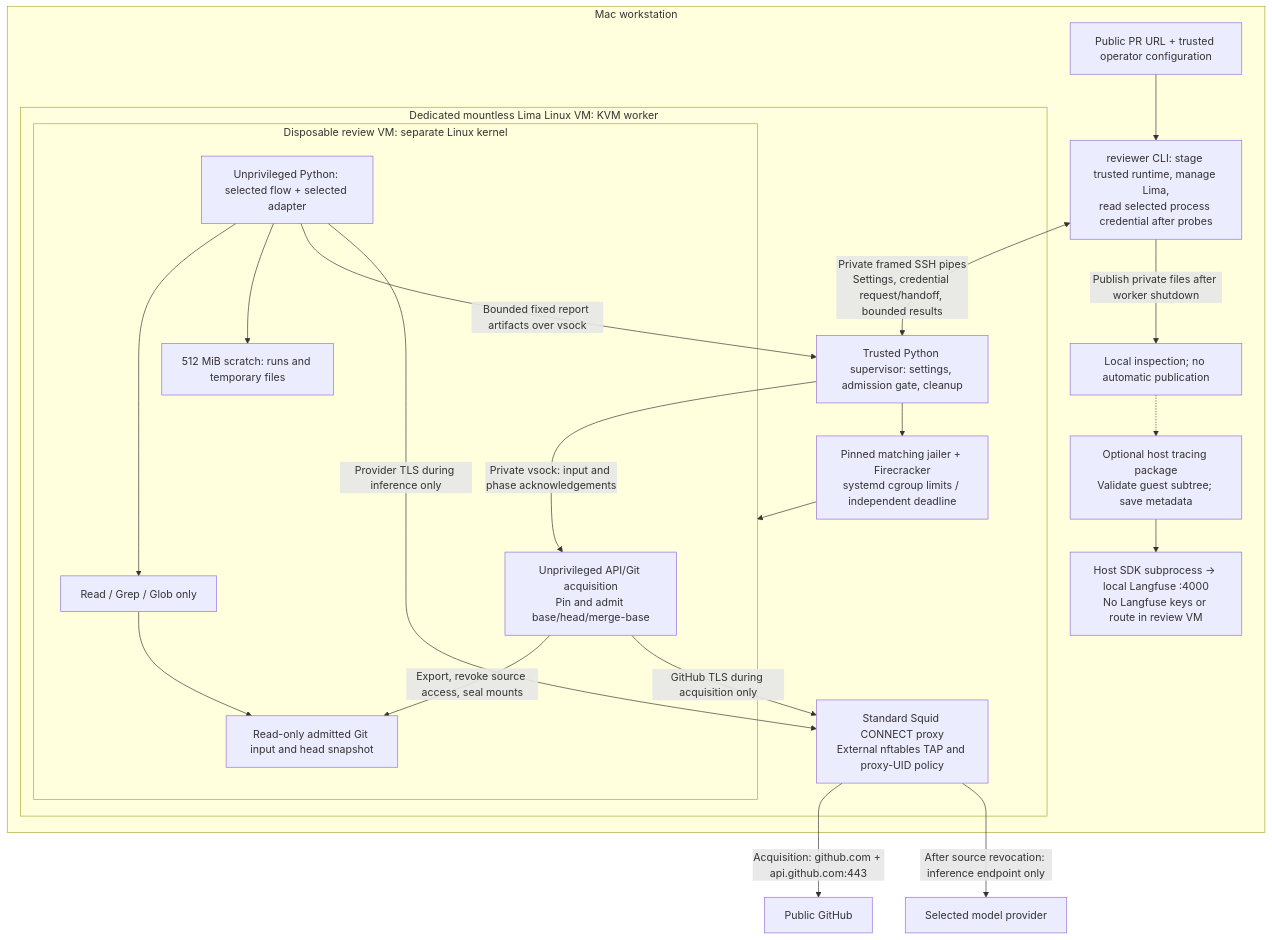
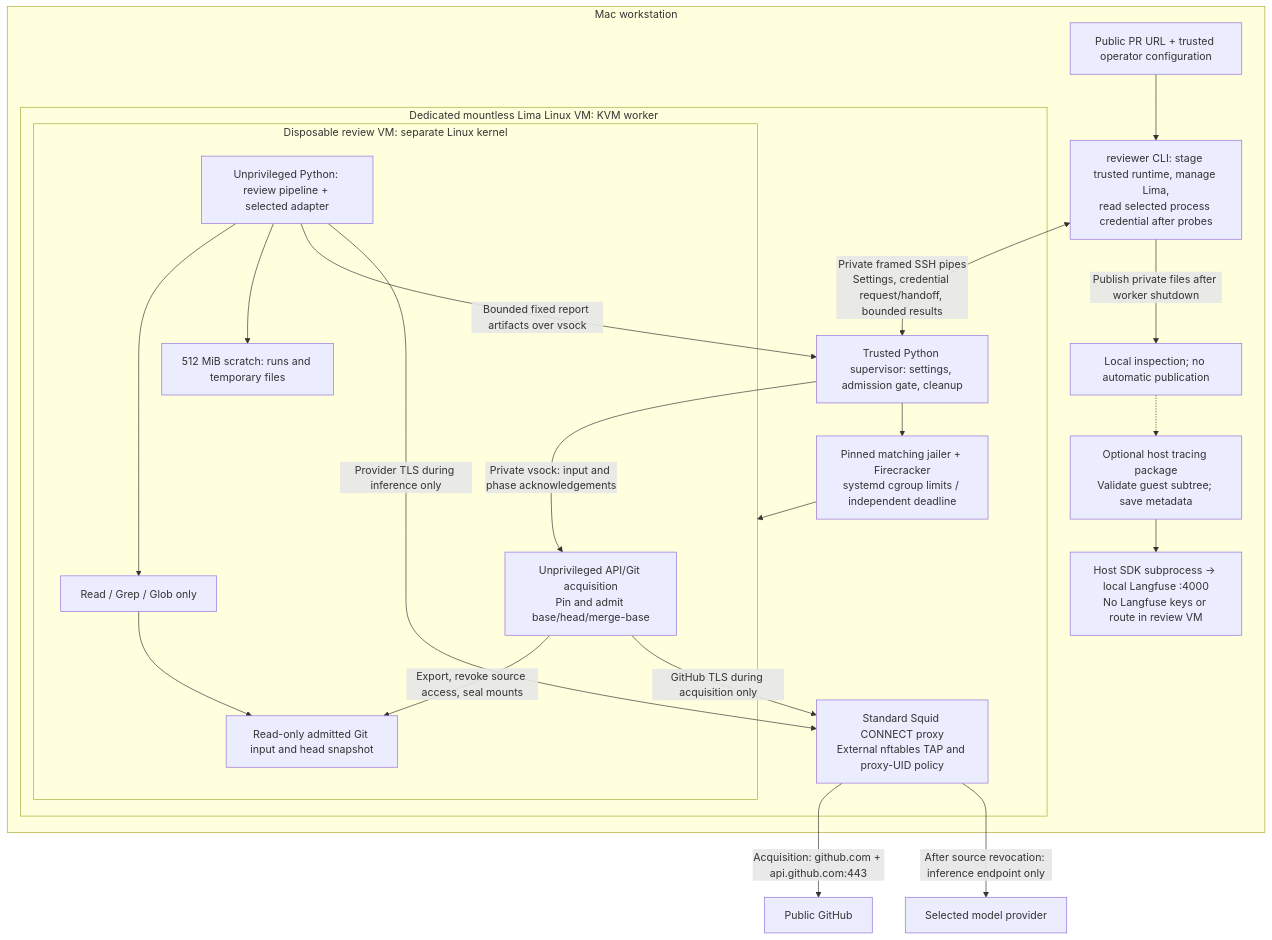
One commit to sskelkar/code-reviewer changed the first of 3 diagrams in docs/sandbox-architecture.md. Above: the diagram before and after it, drawn with Mermaid. The commit also changed other lines of this file and 138 other files, not shown here.

Commit message:
Make multi-perspective review the sole pipeline

````diff
--- a/docs/sandbox-architecture.md
+++ b/docs/sandbox-architecture.md
@@ -9,34 +9,34 @@
 ```mermaid
 flowchart TB
     subgraph MAC["Mac workstation"]
         INPUT["Public PR URL + trusted operator configuration"]
         LAUNCH["reviewer CLI: stage trusted runtime, manage Lima,<br/>read selected process credential after probes"]
         subgraph LINUX["Dedicated mountless Lima Linux VM: KVM worker"]
             HOST["Trusted Python supervisor: settings, admission gate, cleanup"]
             VMM["Pinned matching jailer + Firecracker<br/>systemd cgroup limits / independent deadline"]
             PROXY["Standard Squid CONNECT proxy<br/>External nftables TAP and proxy-UID policy"]
             subgraph JOB["Disposable review VM: separate Linux kernel"]
                 ACQUIRE["Unprivileged API/Git acquisition<br/>Pin and admit base/head/merge-base"]
-                PY["Unprivileged Python: selected flow + selected adapter"]
+                PY["Unprivileged Python: review pipeline + selected adapter"]
                 TREE["Read-only admitted Git input and head snapshot"]
                 TOOLS["Read / Grep / Glob only"]
                 SCRATCH["512 MiB scratch: runs and temporary files"]
                 ACQUIRE -->|"Export, revoke source access, seal mounts"| TREE
                 PY --> TOOLS --> TREE
                 PY --> SCRATCH
             end
             HOST --> VMM --> JOB
             HOST -->|"Private vsock: input and phase acknowledgements"| ACQUIRE
             PY -->|"Bounded fixed report artifacts over vsock"| HOST
             ACQUIRE -->|"GitHub TLS during acquisition only"| PROXY
             PY -->|"Provider TLS during inference only"| PROXY
         end
         INPUT --> LAUNCH
         LAUNCH <-->|"Private framed SSH pipes<br/>Settings, credential request/handoff, bounded results"| HOST
         LAUNCH -->|"Publish private files after worker shutdown"| OUTPUT["Local inspection; no automatic publication"]
         OUTPUT -.-> TRACE["Optional host tracing package<br/>Validate guest subtree; save metadata"]
         TRACE --> LF["Host SDK subprocess → local Langfuse :4000<br/>No Langfuse keys or route in review VM"]
     end
     PROXY -->|"Acquisition: github.com + api.github.com:443"| SOURCE["Public GitHub"]
     PROXY -->|"After source revocation: inference endpoint only"| PROVIDER["Selected model provider"]
 ```
````
